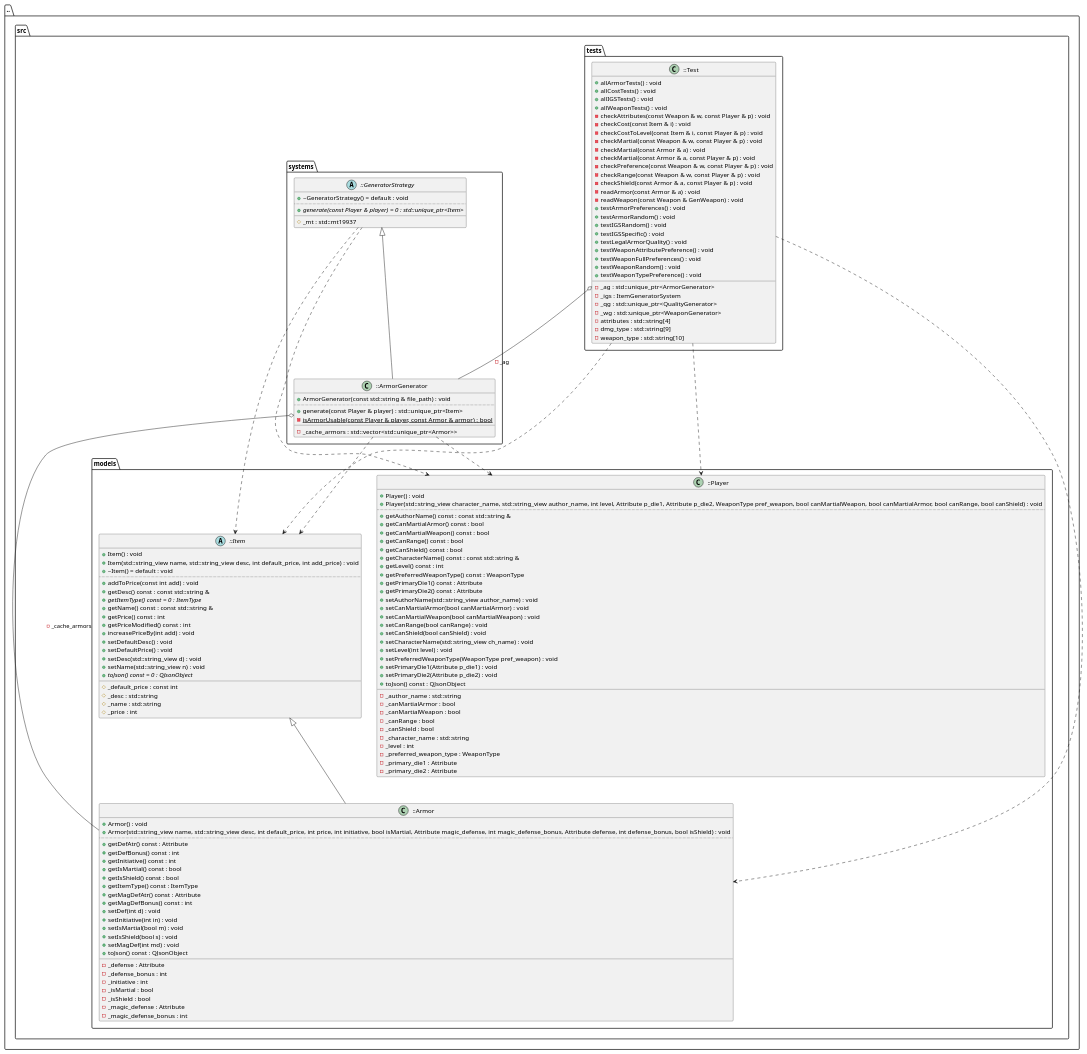
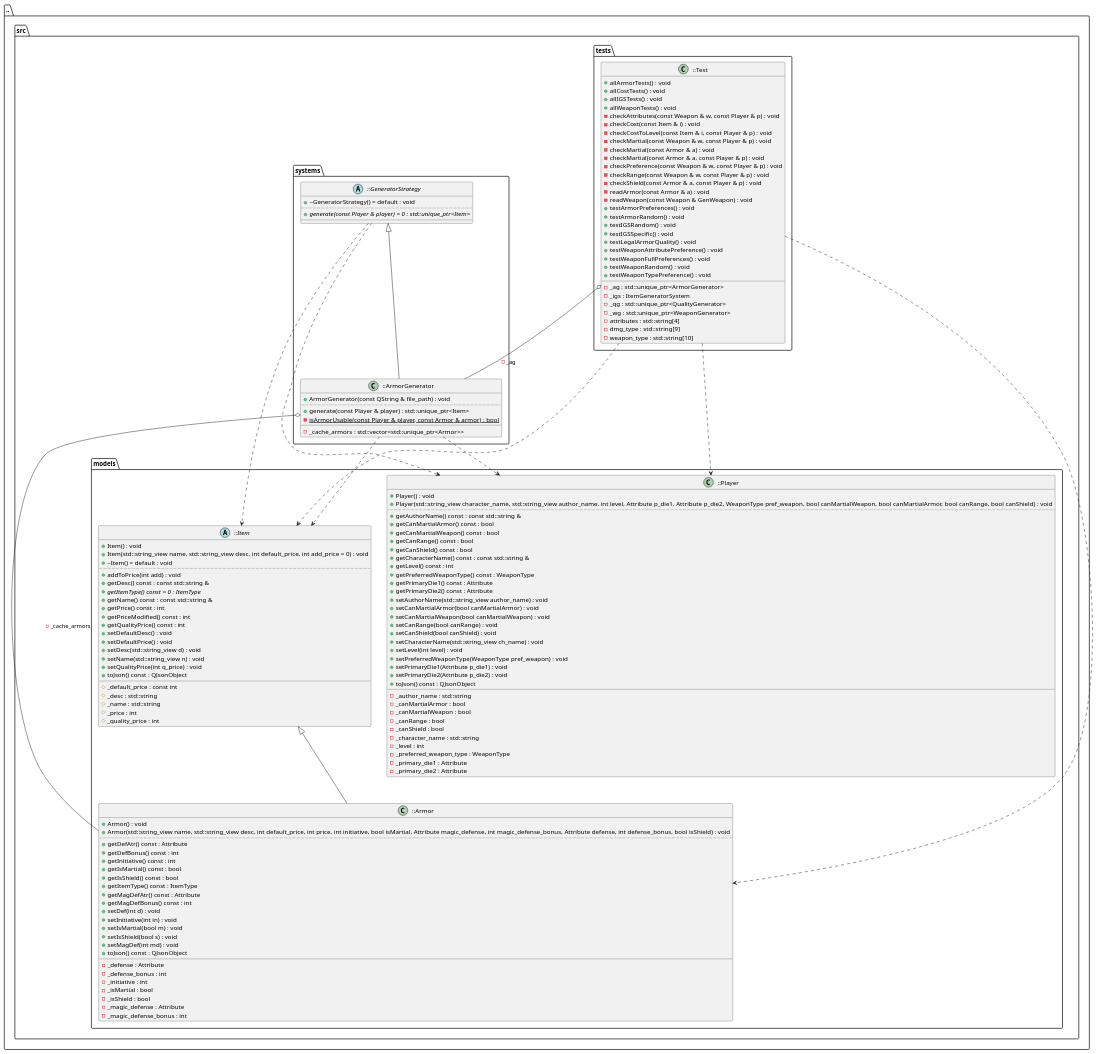
The diagram in docs/diagrams/ArmorGenerator_diagram.puml (FasolowySpioch/faubla-ultima-item-generator), drawn with PlantUML before and after one commit. The commit also changed 36 other files, not shown here.

Commit message:
diagrams

```diff
--- a/docs/diagrams/ArmorGenerator_diagram.puml
+++ b/docs/diagrams/ArmorGenerator_diagram.puml
@@ -1,168 +1,169 @@
 @startuml
 package [..] as C_0016431317663134048372 {
 package [src] as C_0010634688166860467214 {
 package [models] as C_0001626712604113445200 {
 abstract "::Item" as C_0005967165952864249862
 abstract C_0005967165952864249862 {
 +Item() : void
-+Item(std::string_view name, std::string_view desc, int default_price, int add_price) : void
++Item(std::string_view name, std::string_view desc, int default_price, int add_price = 0) : void
 +~Item() = default : void
 ..
-+addToPrice(const int add) : void
++addToPrice(int add) : void
 +getDesc() const : const std::string &
 {abstract} +getItemType() const = 0 : ItemType
 +getName() const : const std::string &
 +getPrice() const : int
 +getPriceModified() const : int
-+increasePriceBy(int add) : void
++getQualityPrice() const : int
 +setDefaultDesc() : void
 +setDefaultPrice() : void
 +setDesc(std::string_view d) : void
 +setName(std::string_view n) : void
-{abstract} +toJson() const = 0 : QJsonObject
++setQualityPrice(int q_price) : void
++toJson() const : QJsonObject
 __
 #_default_price : const int
 #_desc : std::string
 #_name : std::string
 #_price : int
+#_quality_price : int
 }
 class "::Player" as C_0003692324345213718176
 class C_0003692324345213718176 {
 +Player() : void
 +Player(std::string_view character_name, std::string_view author_name, int level, Attribute p_die1, Attribute p_die2, WeaponType pref_weapon, bool canMartialWeapon, bool canMartialArmor, bool canRange, bool canShield) : void
 ..
 +getAuthorName() const : const std::string &
 +getCanMartialArmor() const : bool
 +getCanMartialWeapon() const : bool
 +getCanRange() const : bool
 +getCanShield() const : bool
 +getCharacterName() const : const std::string &
 +getLevel() const : int
 +getPreferredWeaponType() const : WeaponType
 +getPrimaryDie1() const : Attribute
 +getPrimaryDie2() const : Attribute
 +setAuthorName(std::string_view author_name) : void
 +setCanMartialArmor(bool canMartialArmor) : void
 +setCanMartialWeapon(bool canMartialWeapon) : void
 +setCanRange(bool canRange) : void
 +setCanShield(bool canShield) : void
 +setCharacterName(std::string_view ch_name) : void
 +setLevel(int level) : void
 +setPreferredWeaponType(WeaponType pref_weapon) : void
 +setPrimaryDie1(Attribute p_die1) : void
 +setPrimaryDie2(Attribute p_die2) : void
 +toJson() const : QJsonObject
 __
 -_author_name : std::string
 -_canMartialArmor : bool
 -_canMartialWeapon : bool
 -_canRange : bool
 -_canShield : bool
 -_character_name : std::string
 -_level : int
 -_preferred_weapon_type : WeaponType
 -_primary_die1 : Attribute
 -_primary_die2 : Attribute
 }
 class "::Armor" as C_0017091837617986840564
 class C_0017091837617986840564 {
 +Armor() : void
 +Armor(std::string_view name, std::string_view desc, int default_price, int price, int initiative, bool isMartial, Attribute magic_defense, int magic_defense_bonus, Attribute defense, int defense_bonus, bool isShield) : void
 ..
 +getDefAtr() const : Attribute
 +getDefBonus() const : int
 +getInitiative() const : int
 +getIsMartial() const : bool
 +getIsShield() const : bool
 +getItemType() const : ItemType
 +getMagDefAtr() const : Attribute
 +getMagDefBonus() const : int
 +setDef(int d) : void
 +setInitiative(int in) : void
 +setIsMartial(bool m) : void
 +setIsShield(bool s) : void
 +setMagDef(int md) : void
 +toJson() const : QJsonObject
 __
 -_defense : Attribute
 -_defense_bonus : int
 -_initiative : int
 -_isMartial : bool
 -_isShield : bool
 -_magic_defense : Attribute
 -_magic_defense_bonus : int
 }
 }
 package [systems] as C_0016692703261607978348 {
 abstract "::GeneratorStrategy" as C_0003391557478520177739
 abstract C_0003391557478520177739 {
 +~GeneratorStrategy() = default : void
 ..
 {abstract} +generate(const Player & player) = 0 : std::unique_ptr<Item>
 __
-#_mt : std::mt19937
 }
 class "::ArmorGenerator" as C_0005567866987455504025
 class C_0005567866987455504025 {
-+ArmorGenerator(const std::string & file_path) : void
++ArmorGenerator(const QString & file_path) : void
 ..
 +generate(const Player & player) : std::unique_ptr<Item>
 {static} -isArmorUsable(const Player & player, const Armor & armor) : bool
 __
 -_cache_armors : std::vector<std::unique_ptr<Armor>>
 }
 }
 package [tests] as C_0009102687024667839383 {
 class "::Test" as C_0002626979548338364165
 class C_0002626979548338364165 {
 +allArmorTests() : void
 +allCostTests() : void
 +allIGSTests() : void
 +allWeaponTests() : void
 -checkAttributes(const Weapon & w, const Player & p) : void
 -checkCost(const Item & i) : void
 -checkCostToLevel(const Item & i, const Player & p) : void
 -checkMartial(const Weapon & w, const Player & p) : void
 -checkMartial(const Armor & a) : void
 -checkMartial(const Armor & a, const Player & p) : void
 -checkPreference(const Weapon & w, const Player & p) : void
 -checkRange(const Weapon & w, const Player & p) : void
 -checkShield(const Armor & a, const Player & p) : void
 -readArmor(const Armor & a) : void
 -readWeapon(const Weapon & GenWeapon) : void
 +testArmorPreferences() : void
 +testArmorRandom() : void
 +testIGSRandom() : void
 +testIGSSpecific() : void
 +testLegalArmorQuality() : void
 +testWeaponAttributePreference() : void
 +testWeaponFullPreferences() : void
 +testWeaponRandom() : void
 +testWeaponTypePreference() : void
 __
 -_ag : std::unique_ptr<ArmorGenerator>
 -_igs : ItemGeneratorSystem
 -_qg : std::unique_ptr<QualityGenerator>
 -_wg : std::unique_ptr<WeaponGenerator>
 -attributes : std::string[4]
 -dmg_type : std::string[9]
 -weapon_type : std::string[10]
 }
 }
 }
 }
 C_0005967165952864249862 <|-- C_0017091837617986840564
 C_0003391557478520177739 ..> C_0003692324345213718176
 C_0003391557478520177739 ..> C_0005967165952864249862
 C_0005567866987455504025 ..> C_0003692324345213718176
 C_0005567866987455504025 ..> C_0005967165952864249862
 C_0005567866987455504025 o-- C_0017091837617986840564 : -_cache_armors
 C_0003391557478520177739 <|-- C_0005567866987455504025
 C_0002626979548338364165 ..> C_0003692324345213718176
 C_0002626979548338364165 ..> C_0005967165952864249862
 C_0002626979548338364165 ..> C_0017091837617986840564
 C_0002626979548338364165 o-- C_0005567866987455504025 : -_ag
 
 'Generated with clang-uml, version 0.6.2
 'LLVM version clang version 20.1.7 (https://github.com/llvm/llvm-project.git 6146a88f60492b520a36f8f8f3231e15f3cc6082)
 @enduml
```
